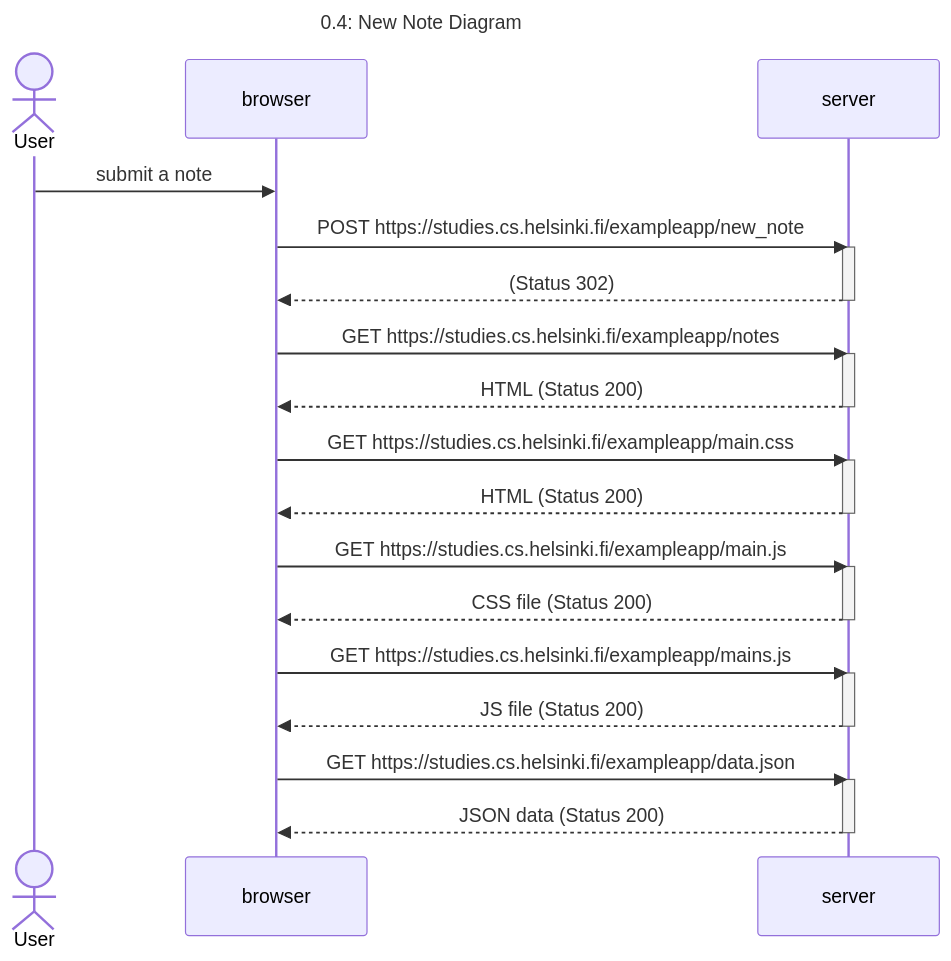
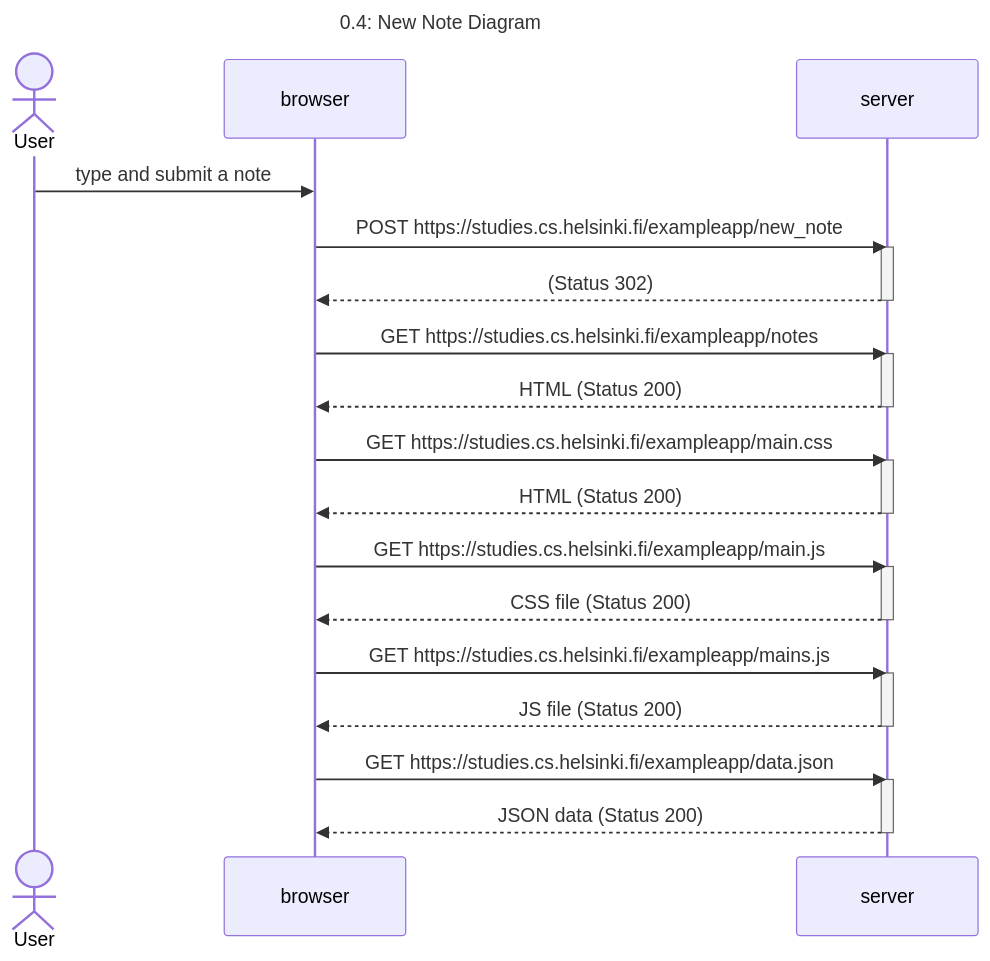
One commit to lekoshimura/fullstackopen changed the diagram in part0/ex-0.4-new _note_diagram.md. Above: the diagram before and after it, drawn with Mermaid. The commit also changed 1 other file, not shown here.

Commit message:
ex 0.5: Single page app diagram

````diff
--- a/part0/ex-0.4-new _note_diagram.md
+++ b/part0/ex-0.4-new _note_diagram.md
@@ -47,40 +47,40 @@
 ```mermaid
 ---
 title: "0.4: New Note Diagram"
 ---
 sequenceDiagram
   actor User
   participant browser
   participant server
 
-  User ->> browser: submit a note
+  User ->> browser: type and submit a note
   browser ->> server: POST https://studies.cs.helsinki.fi/exampleapp/new_note
   activate server
   server -->> browser: (Status 302)
   deactivate server
 
   browser ->> server: GET https://studies.cs.helsinki.fi/exampleapp/notes
   activate server
   server -->> browser: HTML (Status 200)
   deactivate server
 
   browser ->> server: GET https://studies.cs.helsinki.fi/exampleapp/main.css
   activate server
   server -->> browser: HTML (Status 200)
   deactivate server
 
   browser ->> server: GET https://studies.cs.helsinki.fi/exampleapp/main.js
   activate server
   server -->> browser: CSS file (Status 200)
   deactivate server
 
   browser ->> server: GET https://studies.cs.helsinki.fi/exampleapp/mains.js
   activate server
   server -->> browser: JS file (Status 200)
   deactivate server
 
   browser ->> server: GET https://studies.cs.helsinki.fi/exampleapp/data.json
   activate server
   server -->> browser: JSON data (Status 200)
   deactivate server
 ```
````
